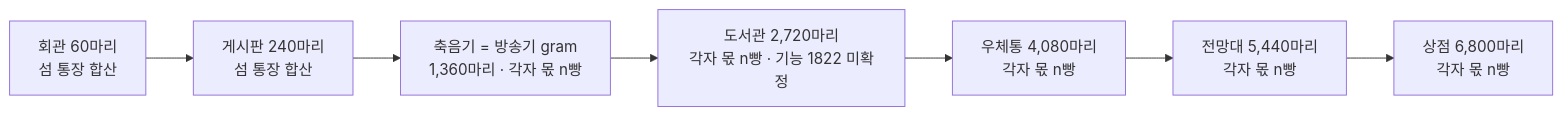
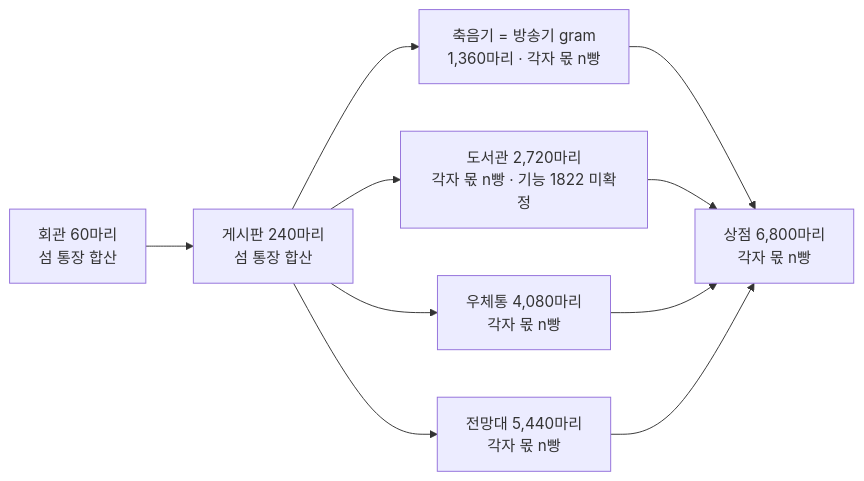
The second of 3 diagrams in docs/prd/fishcat/island-construction/high-level-design.md (OneOrThree/phone), drawn with Mermaid before and after one commit. The commit also changed other lines of this file and 22 other files, not shown here.

````diff
--- a/docs/prd/fishcat/island-construction/high-level-design.md
+++ b/docs/prd/fishcat/island-construction/high-level-design.md
@@ -19,9 +19,12 @@
 ```mermaid
 flowchart LR
   Hall[회관 60마리<br/>섬 통장 합산] --> Board[게시판 240마리<br/>섬 통장 합산]
   Board --> Gram[축음기 = 방송기 gram<br/>1,360마리 · 각자 몫 n빵]
-  Gram --> Library[도서관 2,720마리<br/>각자 몫 n빵 · 기능 1822 미확정]
-  Library --> Mail[우체통 4,080마리<br/>각자 몫 n빵]
-  Mail --> Tower[전망대 5,440마리<br/>각자 몫 n빵]
-  Tower --> Shop[상점 6,800마리<br/>각자 몫 n빵]
+  Board --> Library[도서관 2,720마리<br/>각자 몫 n빵 · 기능 1822 미확정]
+  Board --> Mail[우체통 4,080마리<br/>각자 몫 n빵]
+  Board --> Tower[전망대 5,440마리<br/>각자 몫 n빵]
+  Gram --> Shop[상점 6,800마리<br/>각자 몫 n빵]
+  Library --> Shop
+  Mail --> Shop
+  Tower --> Shop
 ```
````
